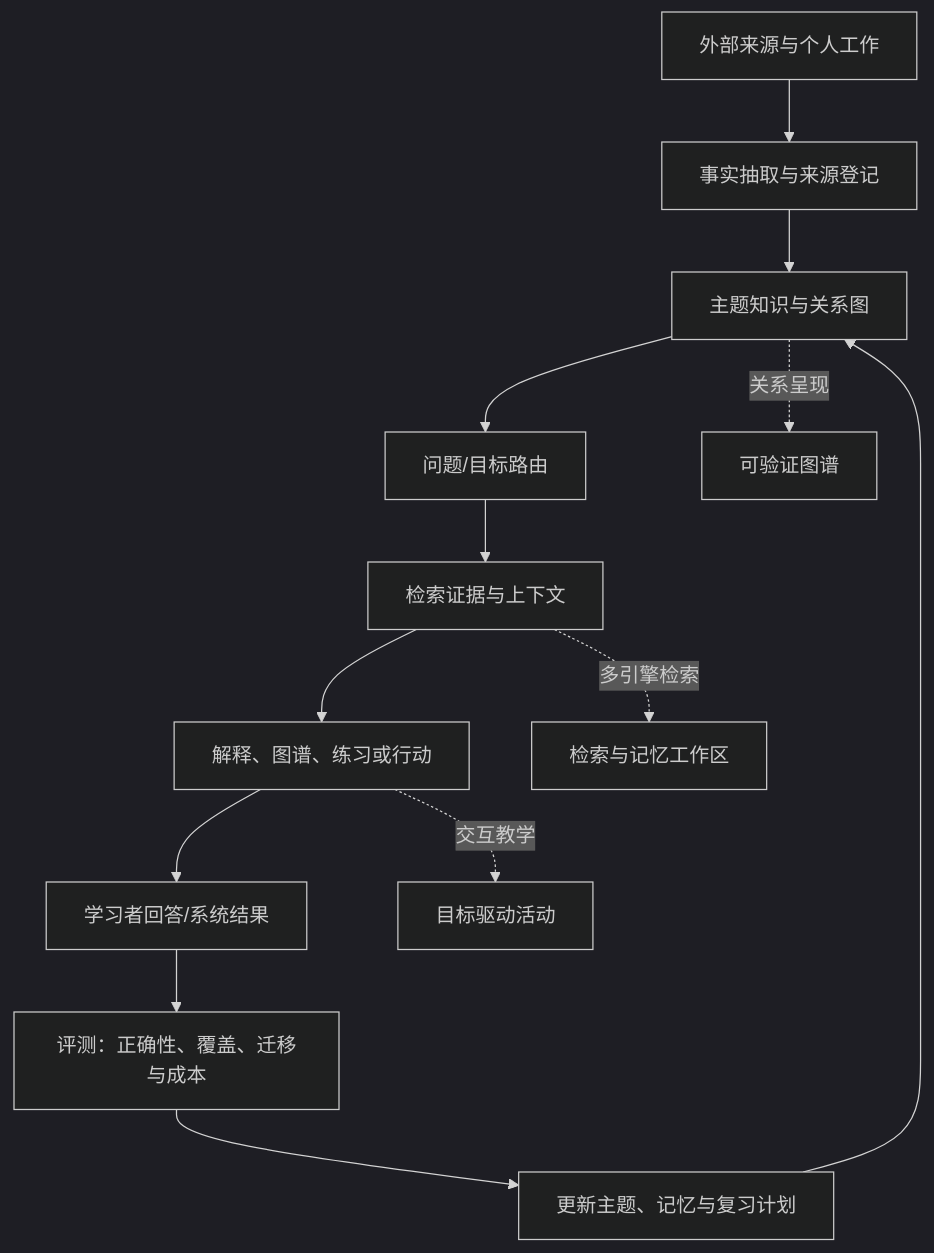
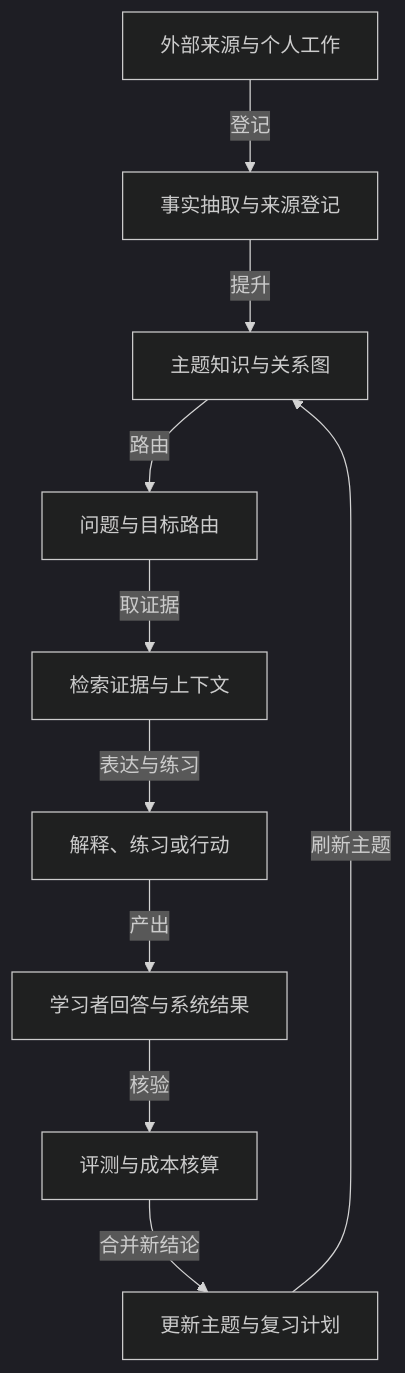
The first of 4 diagrams in vault/工程知识/AI 系统工程：从模型能力到生产能力/Agent与工作流/Agent学习工具把资料变成可验证学习循环.md (hub138/technical-knowledge), drawn with Mermaid (dark theme) before and after one commit. The commit also changed other lines of this file and 5 other files, not shown here.

Commit message:
工程知识六篇按配图 skill 补 mermaid 图：学习循环主链五图、NUMA双槽拓扑、存储IO、LSM写放大、读写三放大、锁争用临界区

````diff
--- a/vault/工程知识/AI 系统工程：从模型能力到生产能力/Agent与工作流/Agent学习工具把资料变成可验证学习循环.md
+++ b/vault/工程知识/AI 系统工程：从模型能力到生产能力/Agent与工作流/Agent学习工具把资料变成可验证学习循环.md
@@ -27,15 +29,12 @@
 ```mermaid
-flowchart TB
-    A[外部来源与个人工作] --> B[事实抽取与来源登记]
-    B --> C[主题知识与关系图]
-    C --> D[问题/目标路由]
-    D --> E[检索证据与上下文]
-    E --> F[解释、图谱、练习或行动]
-    F --> G[学习者回答/系统结果]
-    G --> H[评测：正确性、覆盖、迁移与成本]
-    H --> I[更新主题、记忆与复习计划]
-    I --> C
-    C -.关系呈现.-> V[可验证图谱]
-    F -.交互教学.-> O[目标驱动活动]
-    E -.多引擎检索.-> T[检索与记忆工作区]
+graph TD
+    A[外部来源与个人工作] -->|登记| B[事实抽取与来源登记]
+    B -->|提升| C[主题知识与关系图]
+    C -->|路由| D[问题与目标路由]
+    D -->|取证据| E[检索证据与上下文]
+    E -->|表达与练习| F[解释、练习或行动]
+    F -->|产出| G[学习者回答与系统结果]
+    G -->|核验| H[评测与成本核算]
+    H -->|合并新结论| I[更新主题与复习计划]
+    I -->|刷新主题| C
 ```
````
